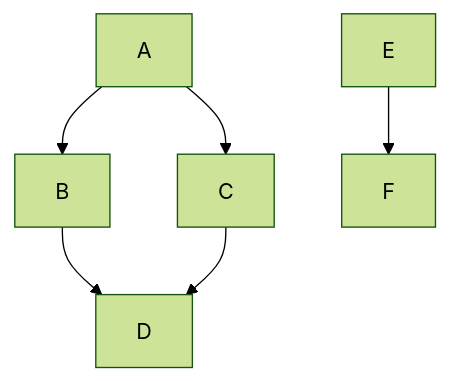
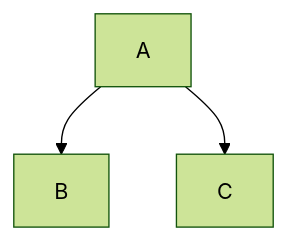
One commit to Telefonica/markdown-confluence-sync-action changed the diagram in README.md. Above: the diagram before and after it, drawn with Mermaid (forest theme). The commit also changed other lines of this file and 3 other files, not shown here.

Commit message:
feat: Add Mermaid diagrams example to use it in E2E tests

````diff
--- a/README.md
+++ b/README.md
@@ -21,8 +156,5 @@
 ```mermaid
 graph TD;
-    A-->B;
-    A-->C;
-    B-->D;
-    C-->D;
-    E-->F;
+  A-->B;
+  A-->C;
 ```
````
